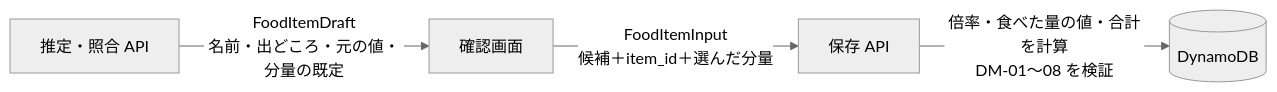
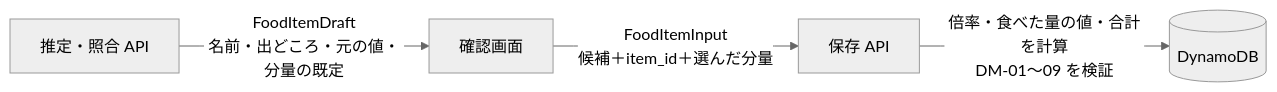
One commit to t-teieki/onaka-log changed the diagram in docs/02_design/api.md. Above: the diagram before and after it, drawn with Mermaid (neutral theme). The commit also changed 18 other files, not shown here.

````diff
--- a/docs/02_design/api.md
+++ b/docs/02_design/api.md
@@ -40,6 +40,6 @@
 ```mermaid
 flowchart LR
     E[推定・照合 API] -->|FoodItemDraft<br>名前・出どころ・元の値・分量の既定| C[確認画面]
     C -->|FoodItemInput<br>候補＋item_id＋選んだ分量| S[保存 API]
-    S -->|倍率・食べた量の値・合計を計算<br>DM-01〜08 を検証| D[(DynamoDB)]
+    S -->|倍率・食べた量の値・合計を計算<br>DM-01〜09 を検証| D[(DynamoDB)]
 ```
````
